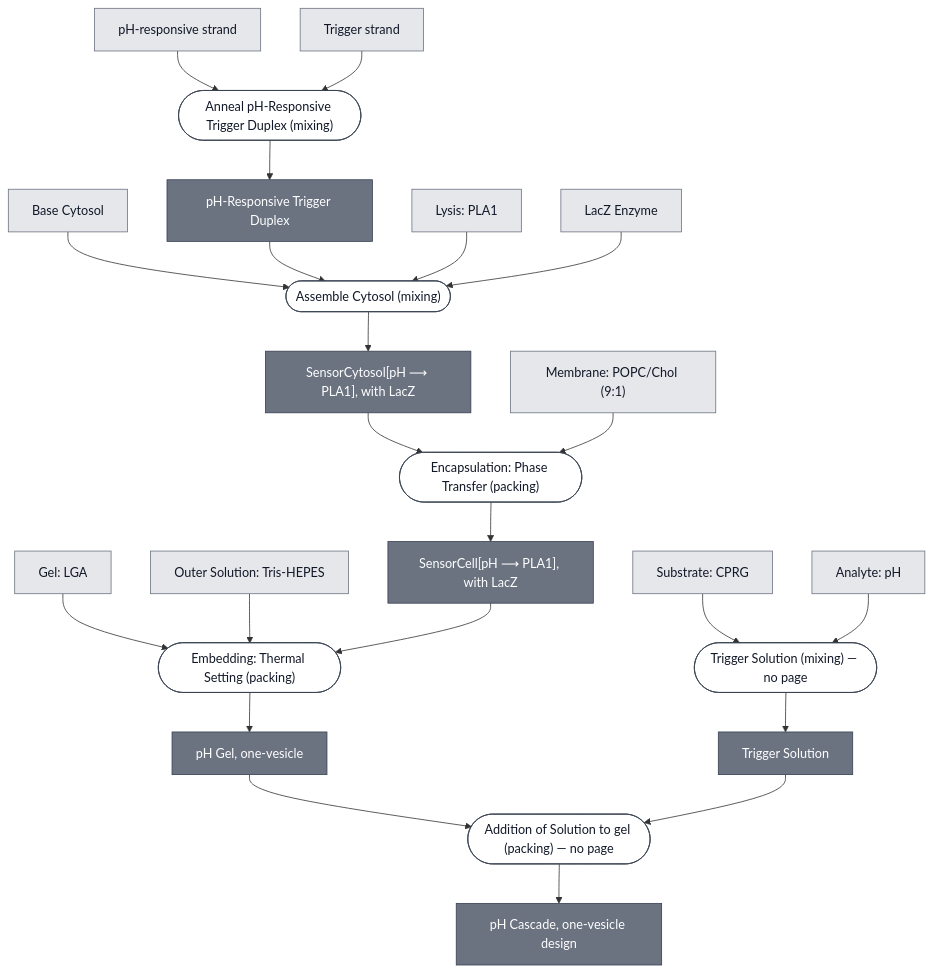
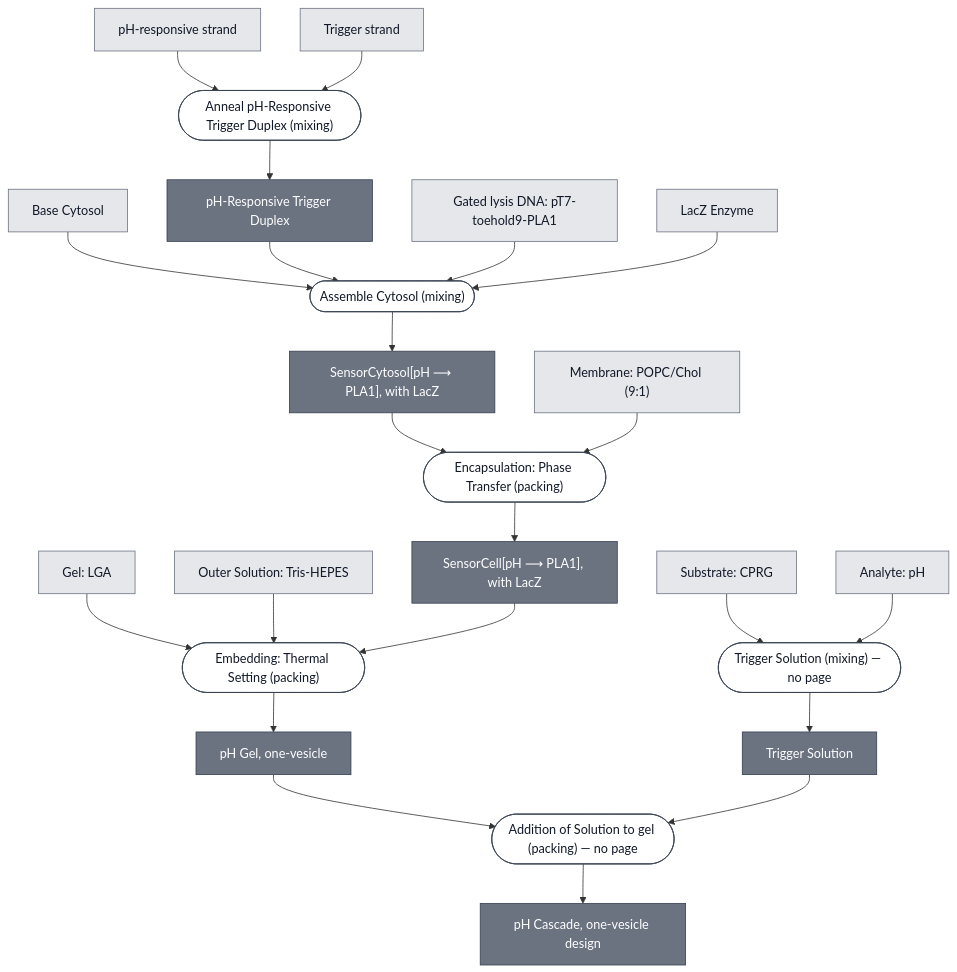
One commit to nucleus-eng/nucleus-docs changed the diagram in docs/modules/ph-cascade-one-vesicle/spec.md. Above: the diagram before and after it, drawn with Mermaid. The commit also changed other lines of this file and 22 other files, not shown here.

````diff
--- a/docs/modules/ph-cascade-one-vesicle/spec.md
+++ b/docs/modules/ph-cascade-one-vesicle/spec.md
@@ -31,75 +31,74 @@
 ```mermaid
 flowchart TD
     BASE_CYTOSOL["Base Cytosol"]
     PH_RESPONSIVE_SSDNA["pH-responsive strand"]
     TRIGGER_SSDNA["Trigger strand"]
-    EFFECTOR_PLA1["Lysis: PLA1"]
+    EFFECTOR_PLA1_TOEHOLD["Gated lysis DNA: pT7-toehold9-PLA1"]
     REPORTER_LACZ_ENZYME["LacZ Enzyme"]
     MEMBRANE_CHICAGO["Membrane: POPC/Chol (9:1)"]
     SUBSTRATE_CPRG["Substrate: CPRG"]
     LGA_POWDER["Gel: LGA"]
     OUTER_SOLUTION_TRIS_HEPES["Outer Solution: Tris-HEPES"]
     ANALYTE_PH["Analyte: pH"]
 
     P1_ANNEAL_TRIGGER_DUPLEX_0(["Anneal pH-Responsive Trigger Duplex (mixing)"])
     PH_TRIGGER_DUPLEX["pH-Responsive Trigger Duplex"]
     P2_ASSEMBLE_CYTOSOL_0(["Assemble Cytosol (mixing)"])
     PH_SENSOR_CYTOSOL_WITH_ENZYME["SensorCytosol[pH ⟶ PLA1], with LacZ"]
     P3_ENCAPSULATE_0(["Encapsulation: Phase Transfer (packing)"])
     PH_SENSING_CELL_WITH_ENZYME["SensorCell[pH ⟶ PLA1], with LacZ"]
     P4_EMBED_AGAROSE_0(["Embedding: Thermal Setting (packing)"])
     PH_GEL_ONE_VESICLE["pH Gel, one-vesicle"]
     P5_ASSEMBLE_TRIGGER_SOLUTION_0(["Trigger Solution (mixing) — no page"])
     PH_TRIGGER_SOLUTION["Trigger Solution"]
     P6_DOSE_TRIGGER_SOLUTION_0(["Addition of Solution to gel (packing) — no page"])
     PH_CASCADE_ONE_VESICLE["pH Cascade, one-vesicle design"]
 
     PH_RESPONSIVE_SSDNA --> P1_ANNEAL_TRIGGER_DUPLEX_0
     TRIGGER_SSDNA --> P1_ANNEAL_TRIGGER_DUPLEX_0
     P1_ANNEAL_TRIGGER_DUPLEX_0 --> PH_TRIGGER_DUPLEX
 
     BASE_CYTOSOL --> P2_ASSEMBLE_CYTOSOL_0
     PH_TRIGGER_DUPLEX --> P2_ASSEMBLE_CYTOSOL_0
-    EFFECTOR_PLA1 --> P2_ASSEMBLE_CYTOSOL_0
+    EFFECTOR_PLA1_TOEHOLD --> P2_ASSEMBLE_CYTOSOL_0
     REPORTER_LACZ_ENZYME --> P2_ASSEMBLE_CYTOSOL_0
     P2_ASSEMBLE_CYTOSOL_0 --> PH_SENSOR_CYTOSOL_WITH_ENZYME
 
     PH_SENSOR_CYTOSOL_WITH_ENZYME --> P3_ENCAPSULATE_0
     MEMBRANE_CHICAGO --> P3_ENCAPSULATE_0
     P3_ENCAPSULATE_0 --> PH_SENSING_CELL_WITH_ENZYME
 
     LGA_POWDER --> P4_EMBED_AGAROSE_0
     OUTER_SOLUTION_TRIS_HEPES --> P4_EMBED_AGAROSE_0
     PH_SENSING_CELL_WITH_ENZYME --> P4_EMBED_AGAROSE_0
     P4_EMBED_AGAROSE_0 --> PH_GEL_ONE_VESICLE
 
     SUBSTRATE_CPRG --> P5_ASSEMBLE_TRIGGER_SOLUTION_0
     ANALYTE_PH --> P5_ASSEMBLE_TRIGGER_SOLUTION_0
     P5_ASSEMBLE_TRIGGER_SOLUTION_0 --> PH_TRIGGER_SOLUTION
 
     PH_GEL_ONE_VESICLE --> P6_DOSE_TRIGGER_SOLUTION_0
     PH_TRIGGER_SOLUTION --> P6_DOSE_TRIGGER_SOLUTION_0
     P6_DOSE_TRIGGER_SOLUTION_0 --> PH_CASCADE_ONE_VESICLE
 
 
     classDef leaf     fill:#e5e7eb,stroke:#6b7280,color:#111827;
     classDef composed fill:#6b7280,stroke:#374151,color:#ffffff;
     classDef process  fill:#ffffff,stroke:#374151,color:#111827;
-    class BASE_CYTOSOL,PH_RESPONSIVE_SSDNA,TRIGGER_SSDNA,EFFECTOR_PLA1,REPORTER_LACZ_ENZYME,MEMBRANE_CHICAGO,SUBSTRATE_CPRG,LGA_POWDER,OUTER_SOLUTION_TRIS_HEPES,ANALYTE_PH leaf;
+    class BASE_CYTOSOL,PH_RESPONSIVE_SSDNA,TRIGGER_SSDNA,EFFECTOR_PLA1_TOEHOLD,REPORTER_LACZ_ENZYME,MEMBRANE_CHICAGO,SUBSTRATE_CPRG,LGA_POWDER,OUTER_SOLUTION_TRIS_HEPES,ANALYTE_PH leaf;
     class PH_TRIGGER_DUPLEX,PH_SENSOR_CYTOSOL_WITH_ENZYME,PH_SENSING_CELL_WITH_ENZYME,PH_GEL_ONE_VESICLE,PH_TRIGGER_SOLUTION,PH_CASCADE_ONE_VESICLE composed;
     class P1_ANNEAL_TRIGGER_DUPLEX_0,P2_ASSEMBLE_CYTOSOL_0,P3_ENCAPSULATE_0,P4_EMBED_AGAROSE_0,P5_ASSEMBLE_TRIGGER_SOLUTION_0,P6_DOSE_TRIGGER_SOLUTION_0 process;
 
     click BASE_CYTOSOL "/docs/modules/base-cytosol/spec"
-    click EFFECTOR_PLA1 "/docs/modules/effector-pla1/spec"
     click REPORTER_LACZ_ENZYME "/docs/modules/reporter-lacz-enzyme/spec"
     click MEMBRANE_CHICAGO "/docs/modules/membrane-popc-chol-9-1/spec"
     click SUBSTRATE_CPRG "/docs/modules/substrate-cprg/spec"
     click LGA_POWDER "/docs/modules/gel-lga/spec"
     click OUTER_SOLUTION_TRIS_HEPES "/docs/modules/outer-solution-tris-hepes/spec"
     click ANALYTE_PH "/docs/modules/analyte-ph/spec"
     click P1_ANNEAL_TRIGGER_DUPLEX_0 "/docs/processes/anneal-ph-trigger-duplex/main"
     click P2_ASSEMBLE_CYTOSOL_0 "/docs/processes/assemble-cytosol/assemble-cytosol-main"
     click P3_ENCAPSULATE_0 "/docs/processes/assemble-base-cell/main"
     click P4_EMBED_AGAROSE_0 "/docs/processes/embed-thermal-setting/main"
     click PH_CASCADE_ONE_VESICLE "/docs/modules/ph-cascade-one-vesicle/spec"
 ```
````
